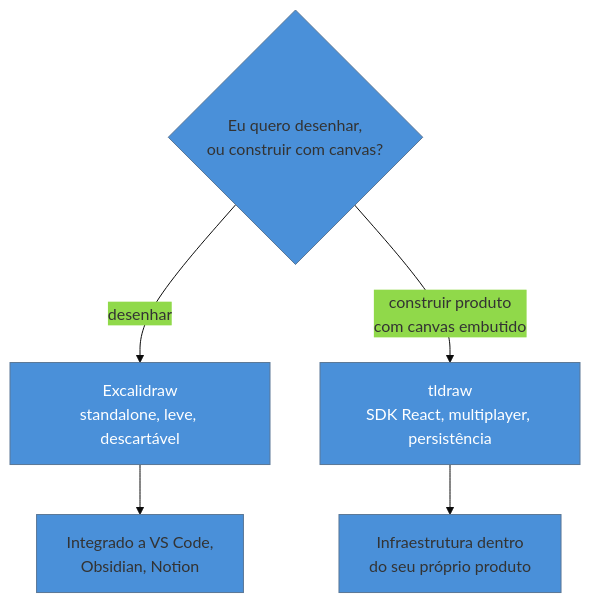
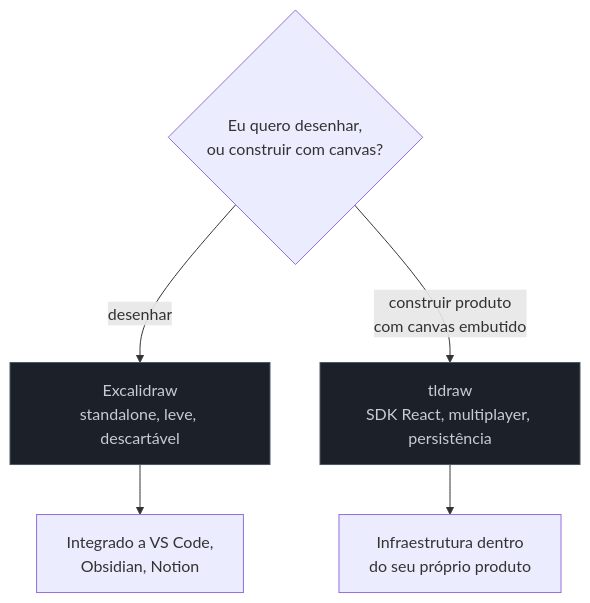
One commit to josenaldo/codex-technomanticus changed the diagram in 03-Dominios/Tecnologia/Ferramentas de Design/07 - Excalidraw e tldraw.md. Above: the diagram before and after it, drawn with Mermaid. The commit also changed 1181 other files, not shown here.

First line of the commit message:
fix(diagramas): paleta do sistema no lugar de cor cravada no markdown

````diff
--- a/03-Dominios/Tecnologia/Ferramentas de Design/07 - Excalidraw e tldraw.md
+++ b/03-Dominios/Tecnologia/Ferramentas de Design/07 - Excalidraw e tldraw.md
@@ -38,11 +38,11 @@
 ```mermaid
-%%{init: {"theme": "base", "themeVariables": {"primaryColor": "#4A90D9"}}}%%
 graph TD
+    classDef neutro fill:#1B2029,stroke:#4E5666,color:#C6CCD8
     Q{"Eu quero desenhar,<br/>ou construir com canvas?"}
     Q -->|desenhar| EXC["Excalidraw<br/>standalone, leve, descartável"]
     Q -->|construir produto<br/>com canvas embutido| TLD["tldraw<br/>SDK React, multiplayer, persistência"]
     EXC --> INT["Integrado a VS Code,<br/>Obsidian, Notion"]
     TLD --> PROD["Infraestrutura dentro<br/>do seu próprio produto"]
-    style EXC fill:#4A90D9,color:#fff
-    style TLD fill:#4A90D9,color:#fff
+    class EXC neutro
+    class TLD neutro
 ```
````
